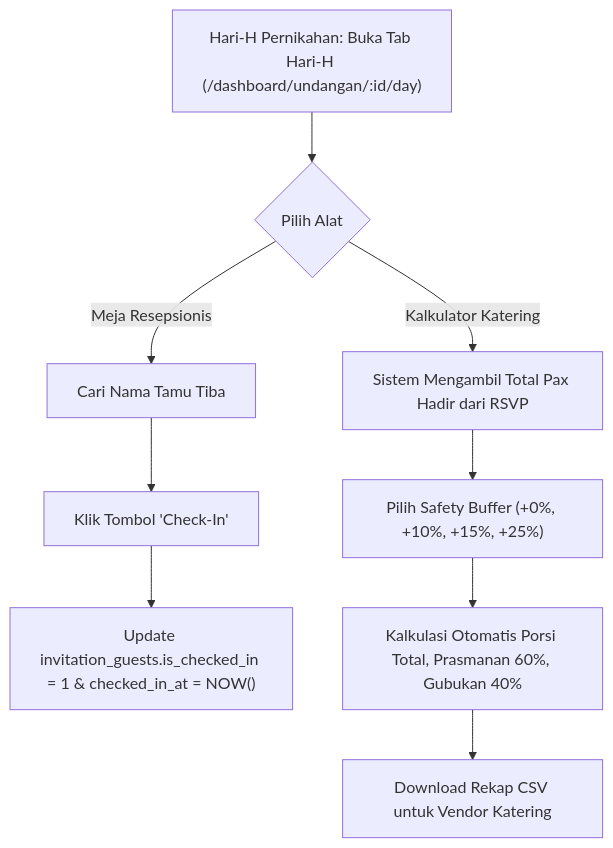
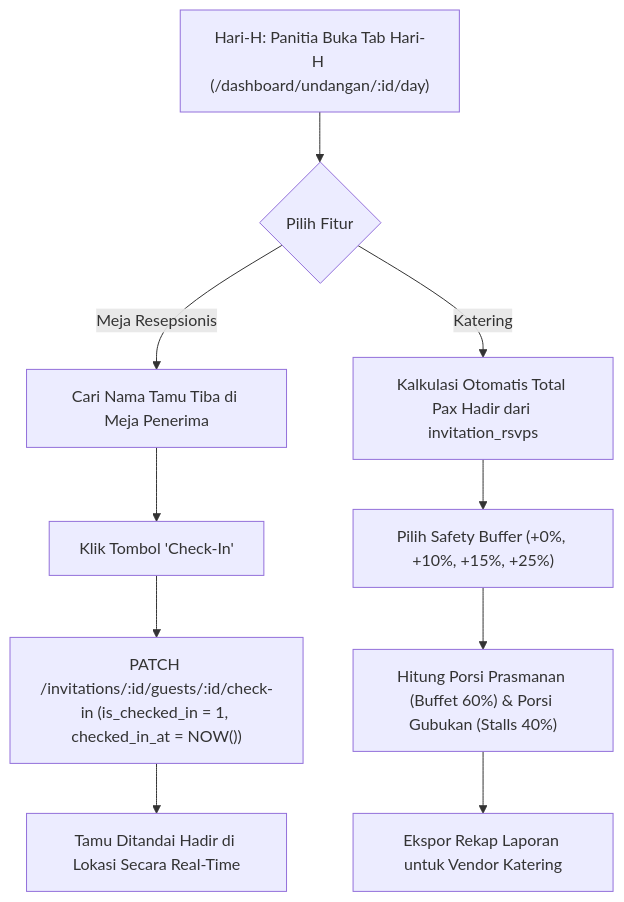
The seventh of 11 diagrams in docs/BUSINESS_FLOW.md (maszaen/infomase), drawn with Mermaid before and after one commit. The commit also changed other lines of this file and 21 other files, not shown here.

````diff
--- a/docs/BUSINESS_FLOW.md
+++ b/docs/BUSINESS_FLOW.md
@@ -138,11 +192,12 @@
 ```mermaid
 flowchart TD
-    A["Hari-H Pernikahan: Buka Tab Hari-H (/dashboard/undangan/:id/day)"] --> B{"Pilih Alat"}
-    B -- "Meja Resepsionis" --> C["Cari Nama Tamu Tiba"]
+    A["Hari-H: Panitia Buka Tab Hari-H (/dashboard/undangan/:id/day)"] --> B{"Pilih Fitur"}
+    B -- "Meja Resepsionis" --> C["Cari Nama Tamu Tiba di Meja Penerima"]
     C --> D["Klik Tombol 'Check-In'"]
-    D --> E["Update invitation_guests.is_checked_in = 1 & checked_in_at = NOW()"]
-    B -- "Kalkulator Katering" --> F["Sistem Mengambil Total Pax Hadir dari RSVP"]
-    F --> G["Pilih Safety Buffer (+0%, +10%, +15%, +25%)"]
-    G --> H["Kalkulasi Otomatis Porsi Total, Prasmanan 60%, Gubukan 40%"]
-    H --> I["Download Rekap CSV untuk Vendor Katering"]
+    D --> E["PATCH /invitations/:id/guests/:id/check-in (is_checked_in = 1, checked_in_at = NOW())"]
+    E --> F["Tamu Ditandai Hadir di Lokasi Secara Real-Time"]
+    B -- "Katering" --> G["Kalkulasi Otomatis Total Pax Hadir dari invitation_rsvps"]
+    G --> H["Pilih Safety Buffer (+0%, +10%, +15%, +25%)"]
+    H --> I["Hitung Porsi Prasmanan (Buffet 60%) & Porsi Gubukan (Stalls 40%)"]
+    I --> J["Ekspor Rekap Laporan untuk Vendor Katering"]
 ```
````
